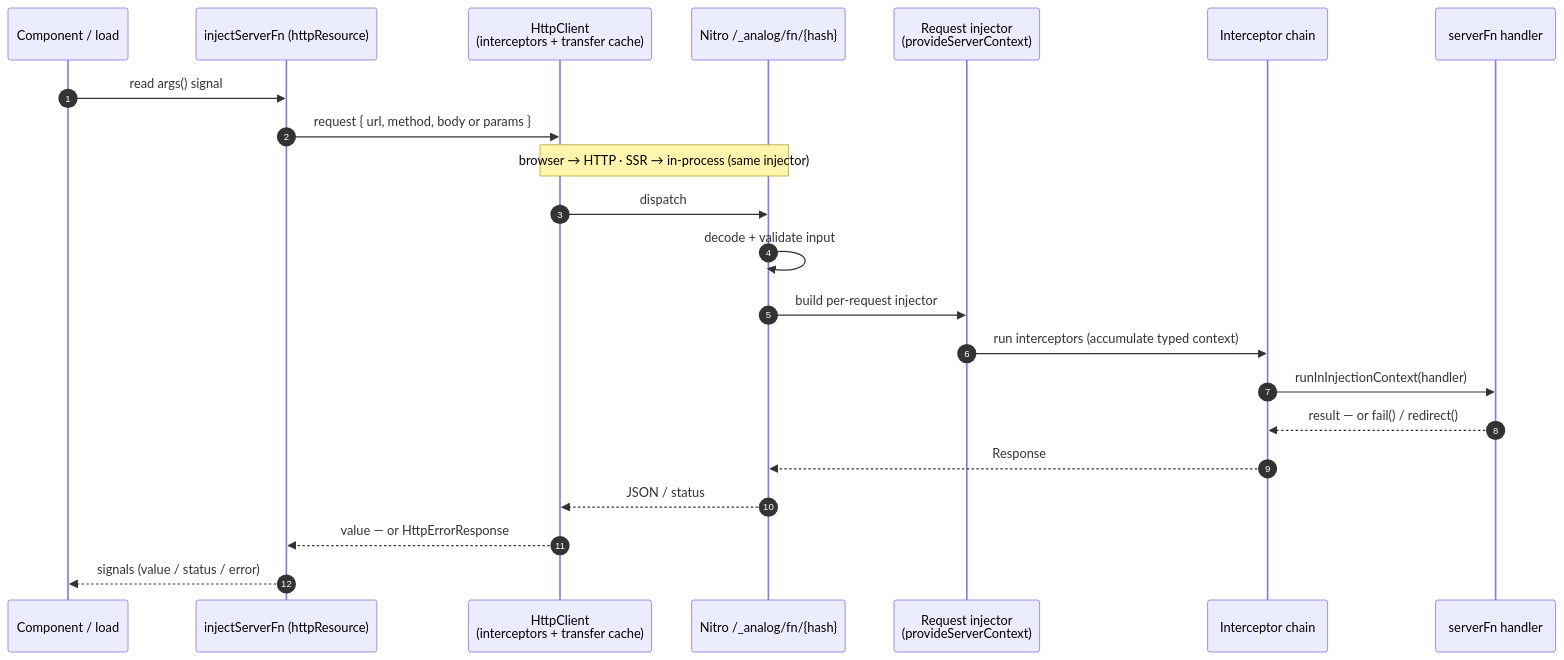
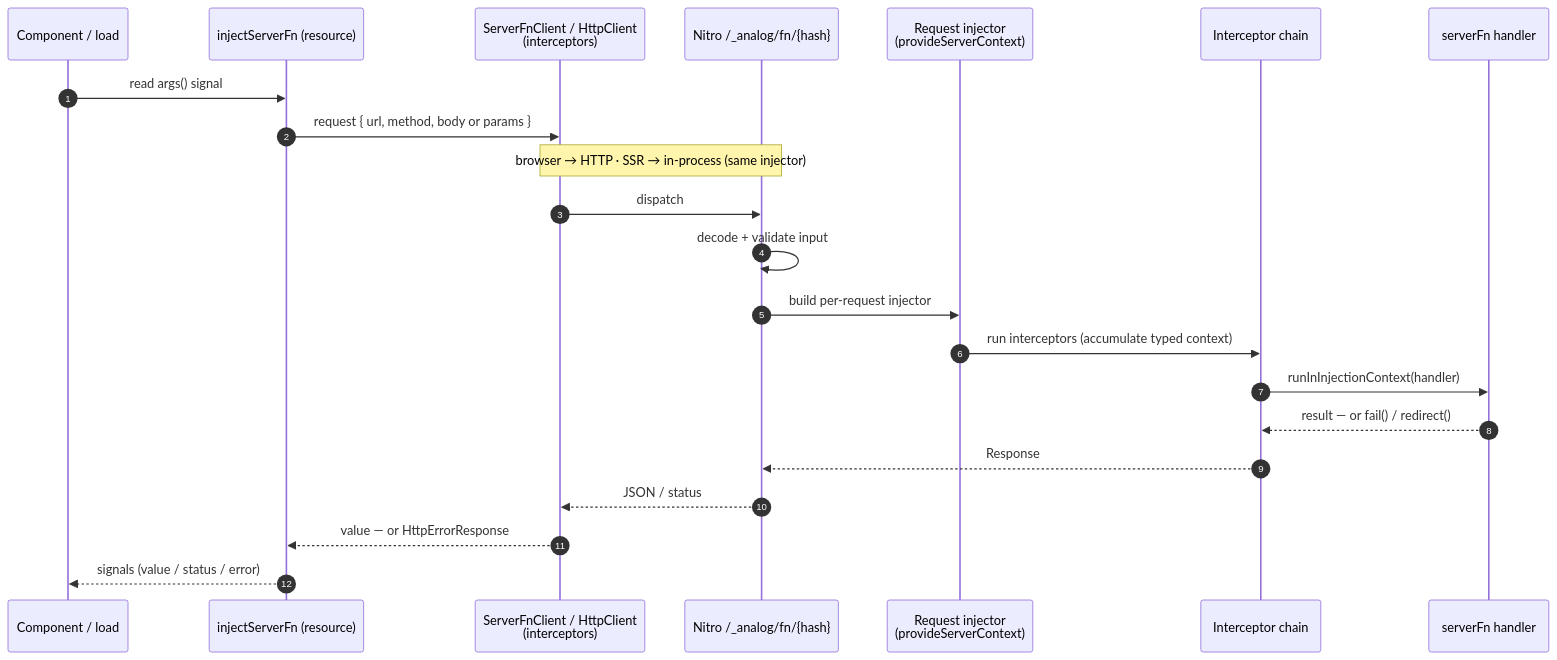
One commit to analogjs/analog changed the second of 2 diagrams in packages/router/server/RFC-server-functions.md. Above: the diagram before and after it, drawn with Mermaid. The commit also changed other lines of this file, not shown here.

First line of the commit message:
docs(router): hydrate reads via TransferState, drop transfer-cache config

````diff
--- a/packages/router/server/RFC-server-functions.md
+++ b/packages/router/server/RFC-server-functions.md
@@ -440,25 +444,25 @@
 ```mermaid
 sequenceDiagram
   autonumber
   participant Cmp as Component / load
-  participant Res as injectServerFn (httpResource)
-  participant Http as HttpClient<br/>(interceptors + transfer cache)
+  participant Res as injectServerFn (resource)
+  participant Http as ServerFnClient / HttpClient<br/>(interceptors)
   participant Ep as Nitro /_analog/fn/{hash}
   participant Inj as Request injector<br/>(provideServerContext)
   participant Mw as Interceptor chain
   participant Fn as serverFn handler
 
   Cmp->>Res: read args() signal
   Res->>Http: request { url, method, body or params }
   Note over Http,Ep: browser → HTTP · SSR → in-process (same injector)
   Http->>Ep: dispatch
   Ep->>Ep: decode + validate input
   Ep->>Inj: build per-request injector
   Inj->>Mw: run interceptors (accumulate typed context)
   Mw->>Fn: runInInjectionContext(handler)
   Fn-->>Mw: result — or fail() / redirect()
   Mw-->>Ep: Response
   Ep-->>Http: JSON / status
   Http-->>Res: value — or HttpErrorResponse
   Res-->>Cmp: signals (value / status / error)
 ```
````
